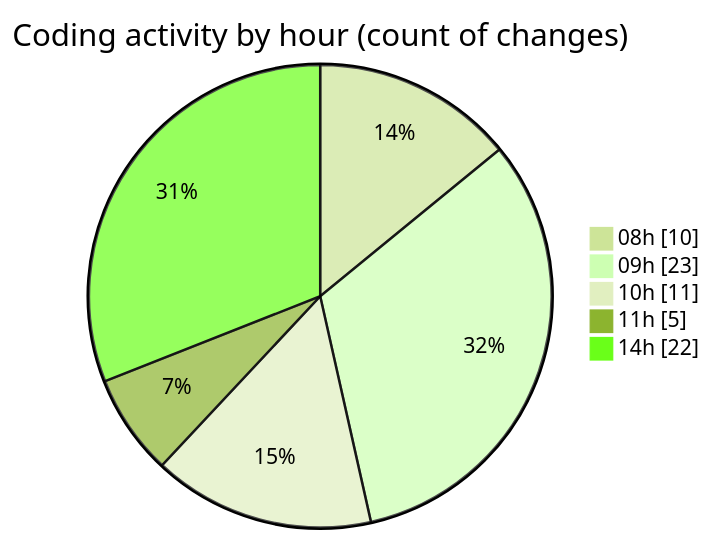
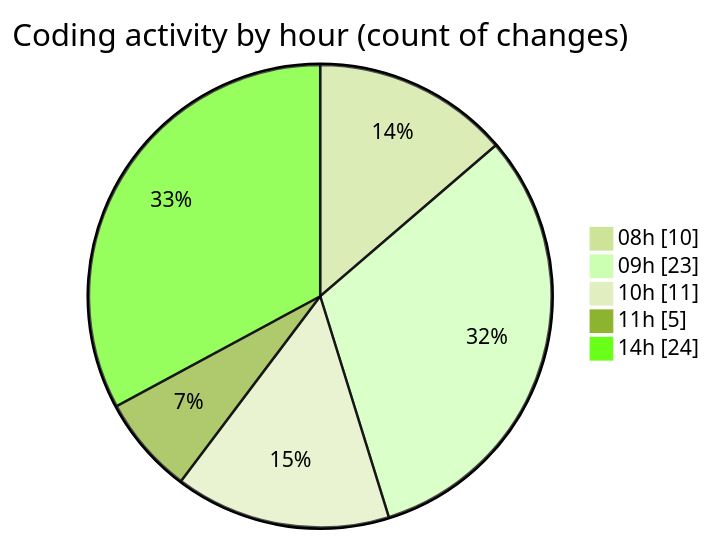
Before and after one commit to LanceThiago/code-tracking: the second of 2 diagrams in 2025-01-07/nueva_carpeta/README.md, drawn with Mermaid (forest theme). The commit also changed other lines of this file and 1 other file, not shown here.

````diff
--- a/2025-01-07/nueva_carpeta/README.md
+++ b/2025-01-07/nueva_carpeta/README.md
@@ -28,9 +28,9 @@
 ```mermaid
 pie showData
 title Coding activity by hour (count of changes)
 "08h" : 10
 "09h" : 23
 "10h" : 11
 "11h" : 5
-"14h" : 22
+"14h" : 24
 ```
````
